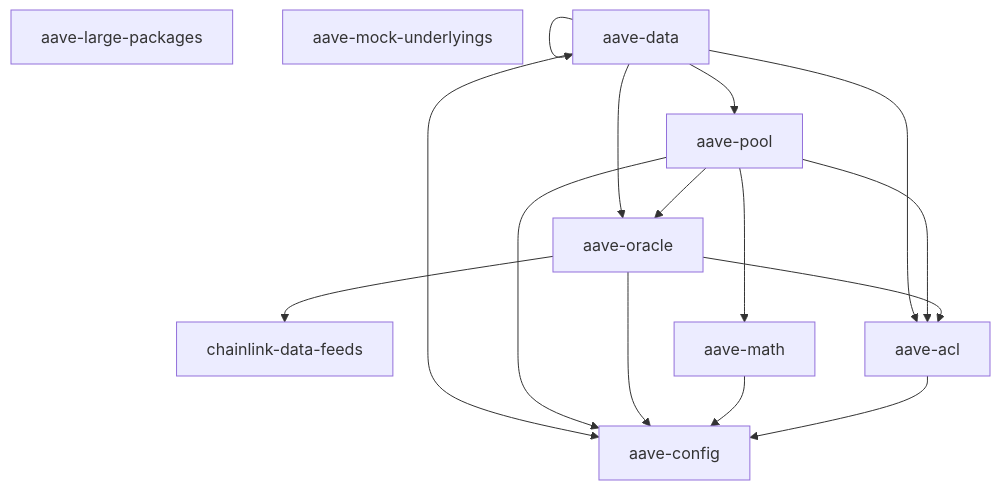
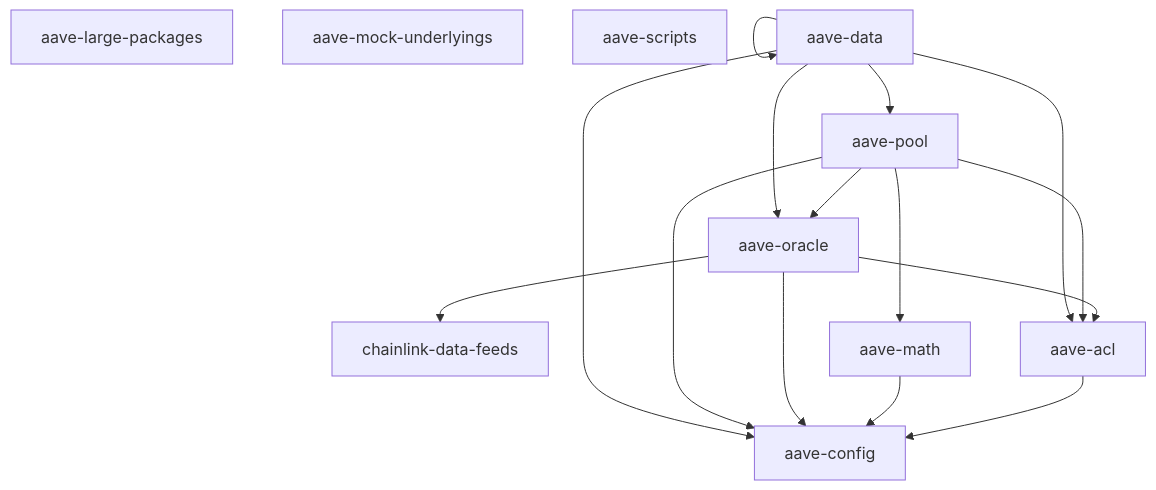
One commit to aave/aptos-aave-v3 changed the diagram in README.md. Above: the diagram before and after it, drawn with Mermaid. The commit also changed other lines of this file and 4 other files, not shown here.

Commit message:
feat: Added aave-scripts with commands and flashloan calls

````diff
--- a/README.md
+++ b/README.md
@@ -46,31 +47,32 @@
 ```mermaid
 flowchart TD
 
   %% Level 1
   aave-config
   chainlink-data-feeds
   aave-large-packages
   aave-mock-underlyings
+  aave-scripts
 
   %% Level 2
   aave-acl --> aave-config
   aave-math --> aave-config
 
   %% Level 3
   aave-oracle --> aave-config
   aave-oracle --> aave-acl
   aave-oracle --> chainlink-data-feeds
 
   %% Level 4
   aave-pool --> aave-acl
   aave-pool --> aave-config
   aave-pool --> aave-math
   aave-pool --> aave-oracle
 
   %% Level 5
   aave-data --> aave-acl
   aave-data --> aave-config
   aave-data --> aave-oracle
   aave-data --> aave-data
   aave-data --> aave-pool
 ```
````
